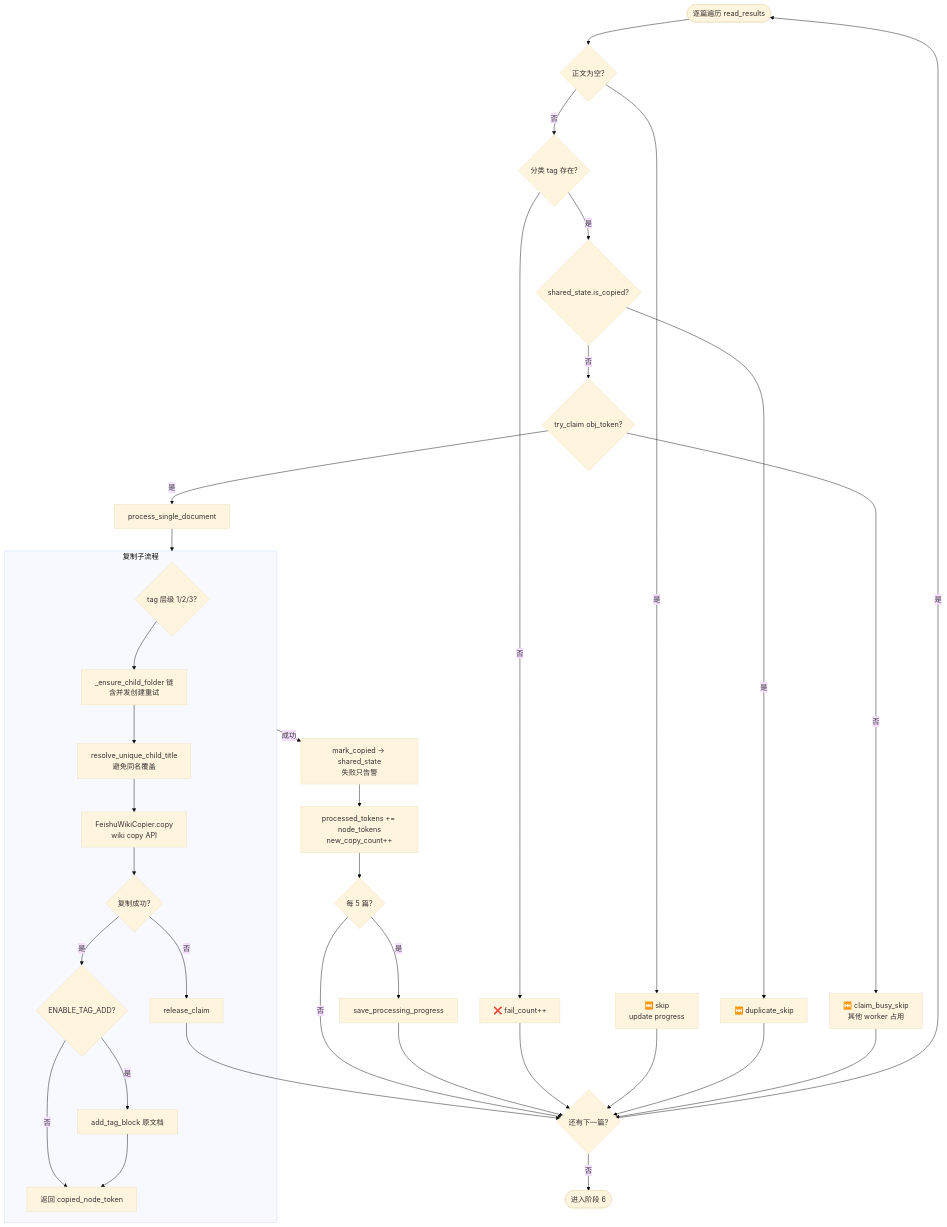
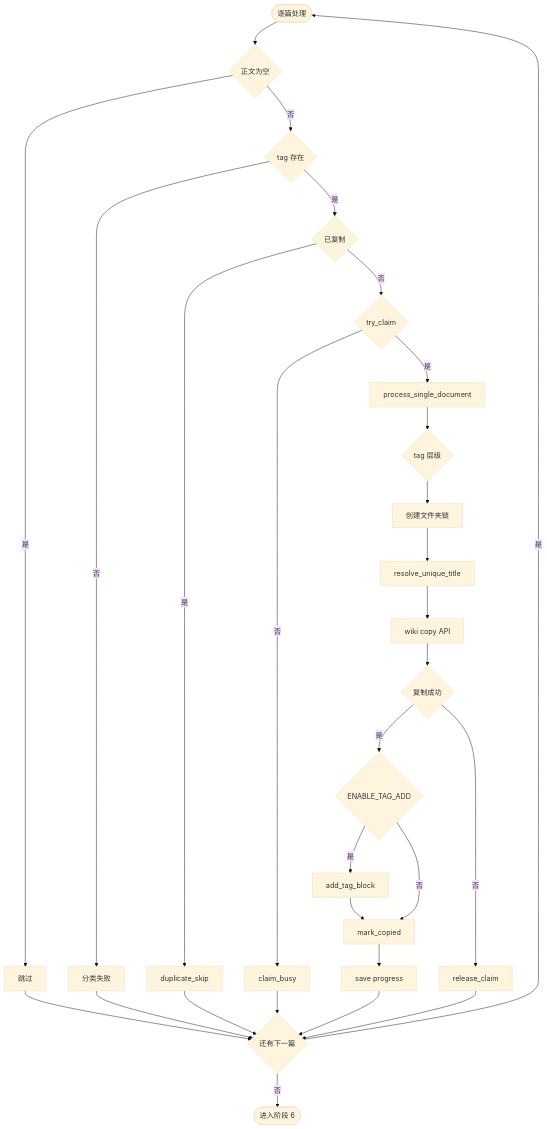
Before and after one commit to Leonard49/AI_DocClassifier: the eighth of 11 diagrams in docs/AI_DocClassifier说明文档.md, drawn with Mermaid (base theme). The commit also changed other lines of this file and 1 other file, not shown here.

First line of the commit message:
Fix Mermaid flowcharts in docs and enable preview in workspace settings.

````diff
--- a/docs/AI_DocClassifier说明文档.md
+++ b/docs/AI_DocClassifier说明文档.md
@@ -730,41 +745,32 @@
 ```mermaid
 flowchart TD
-    P0([逐篇遍历 read_results]) --> P1{正文为空?}
-    P1 -->|是| P1S[⏭️ skip<br/>update progress]
-    P1 -->|否| P2{分类 tag 存在?}
-    P2 -->|否| P2F[❌ fail_count++]
-    P2 -->|是| P3{shared_state.is_copied?}
-    P3 -->|是| P3S[⏭️ duplicate_skip]
-    P3 -->|否| P4{try_claim obj_token?}
+    P0([逐篇处理]) --> P1{正文为空}
+    P1 -->|是| P1S[跳过]
+    P1 -->|否| P2{tag 存在}
+    P2 -->|否| P2F[分类失败]
+    P2 -->|是| P3{已复制}
+    P3 -->|是| P3S[duplicate_skip]
+    P3 -->|否| P4{try_claim}
 
-    P4 -->|否| P4S[⏭️ claim_busy_skip<br/>其他 worker 占用]
+    P4 -->|否| P4S[claim_busy]
     P4 -->|是| P5[process_single_document]
-
-    subgraph COPY_FLOW["复制子流程"]
-        P6{tag 层级 1/2/3?}
-        P6 --> P7[_ensure_child_folder 链<br/>含并发创建重试]
-        P7 --> P8[resolve_unique_child_title<br/>避免同名覆盖]
-        P8 --> P9[FeishuWikiCopier.copy<br/>wiki copy API]
-        P9 --> P10{复制成功?}
-        P10 -->|是| P11{ENABLE_TAG_ADD?}
-        P11 -->|是| P12[add_tag_block 原文档]
-        P11 -->|否| P13
-        P12 --> P13[返回 copied_node_token]
-        P10 -->|否| P10F[release_claim]
-    end
-
-    P5 --> COPY_FLOW
-    COPY_FLOW -->|成功| P14[mark_copied → shared_state<br/>失败只告警]
-    P14 --> P15[processed_tokens += node_tokens<br/>new_copy_count++]
-    P15 --> P16{每 5 篇?}
-    P16 -->|是| P17[save_processing_progress]
-    P16 -->|否| P18
-    P17 --> P18{还有下一篇?}
-    P10F --> P18
-    P2F --> P18
-    P1S --> P18
-    P3S --> P18
-    P4S --> P18
-    P18 -->|是| P0
-    P18 -->|否| P19([进入阶段 6])
+    P5 --> P6{tag 层级}
+    P6 --> P7[创建文件夹链]
+    P7 --> P8[resolve_unique_title]
+    P8 --> P9[wiki copy API]
+    P9 --> P10{复制成功}
+    P10 -->|是| P11{ENABLE_TAG_ADD}
+    P11 -->|是| P12[add_tag_block]
+    P11 -->|否| P13
+    P12 --> P13[mark_copied]
+    P10 -->|否| P10F[release_claim]
+    P13 --> P14[save progress]
+    P10F --> P15
+    P2F --> P15
+    P1S --> P15
+    P3S --> P15
+    P4S --> P15
+    P14 --> P15{还有下一篇}
+    P15 -->|是| P0
+    P15 -->|否| P19([进入阶段 6])
 ```
````
